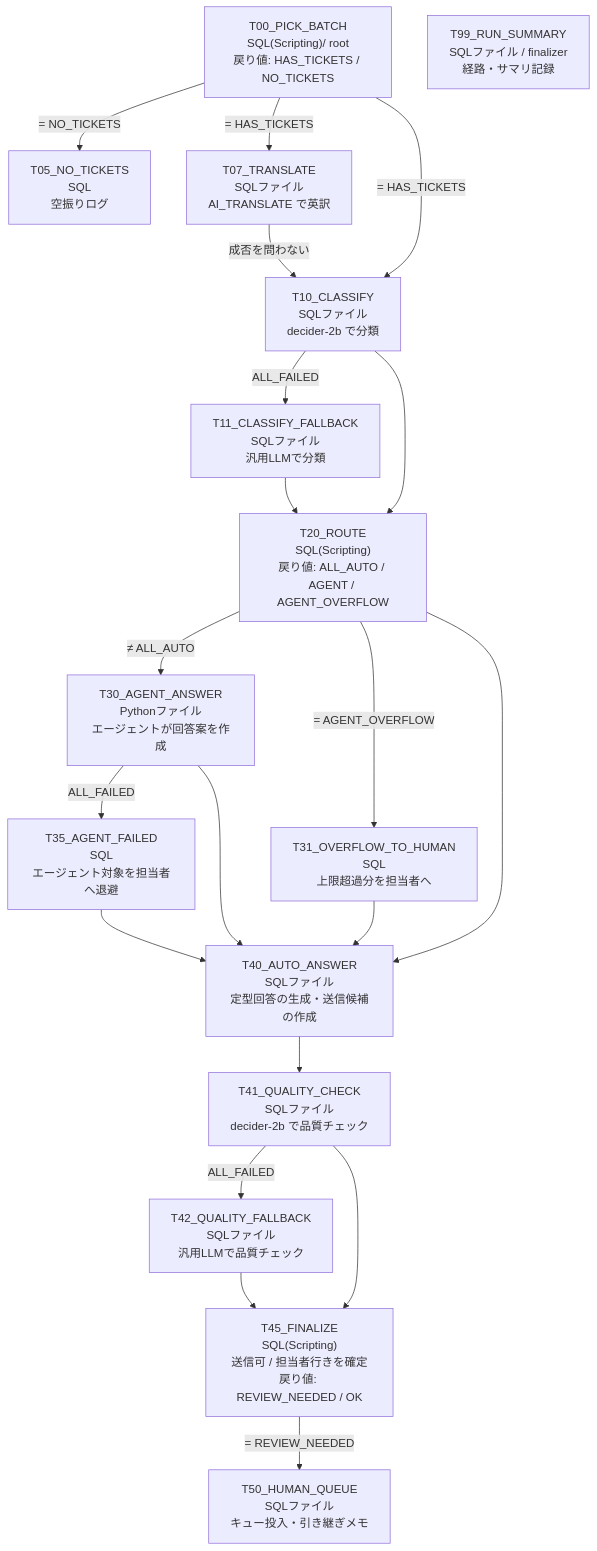
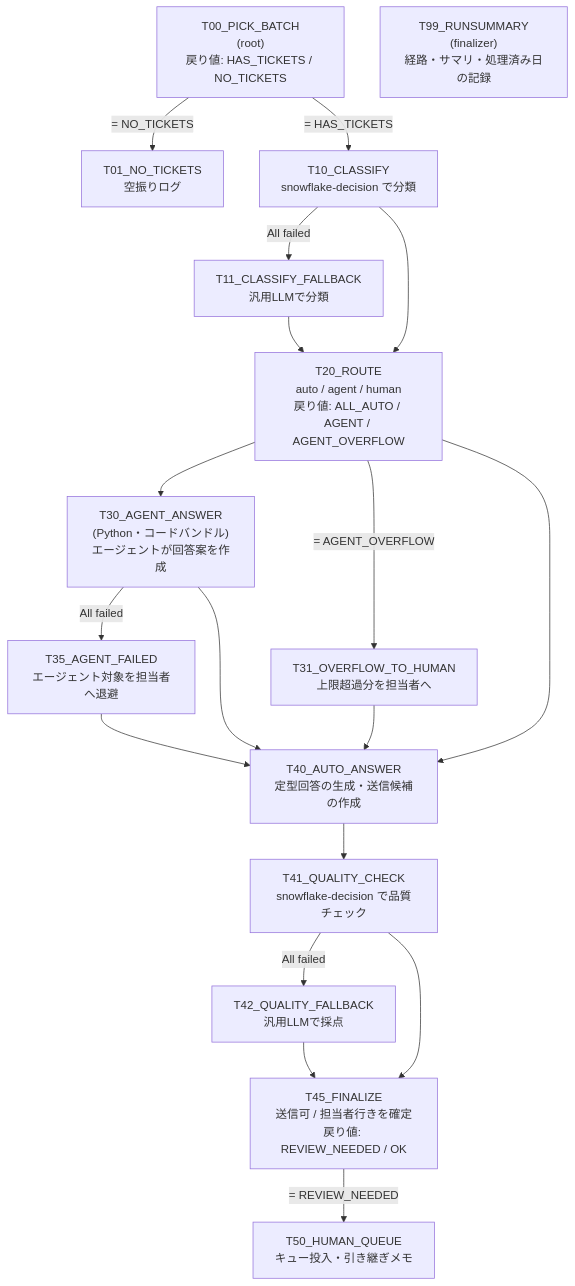
Before and after one commit to takimiko-gohan/sf-agent-workflow-pipeline: the diagram in README.md, drawn with Mermaid. The commit also changed other lines of this file and 23 other files, not shown here.

````diff
--- a/README.md
+++ b/README.md
@@ -21,38 +26,35 @@
 ```mermaid
 flowchart TD
-  T00["T00_PICK_BATCH<br/>SQL(Scripting)/ root<br/>戻り値: HAS_TICKETS / NO_TICKETS"]
-  T05["T05_NO_TICKETS<br/>SQL<br/>空振りログ"]
-  T07["T07_TRANSLATE<br/>SQLファイル<br/>AI_TRANSLATE で英訳"]
-  T10["T10_CLASSIFY<br/>SQLファイル<br/>decider-2b で分類"]
-  T11["T11_CLASSIFY_FALLBACK<br/>SQLファイル<br/>汎用LLMで分類"]
-  T20["T20_ROUTE<br/>SQL(Scripting)<br/>戻り値: ALL_AUTO / AGENT / AGENT_OVERFLOW"]
-  T30["T30_AGENT_ANSWER<br/>Pythonファイル<br/>エージェントが回答案を作成"]
-  T31["T31_OVERFLOW_TO_HUMAN<br/>SQL<br/>上限超過分を担当者へ"]
-  T35["T35_AGENT_FAILED<br/>SQL<br/>エージェント対象を担当者へ退避"]
-  T40["T40_AUTO_ANSWER<br/>SQLファイル<br/>定型回答の生成・送信候補の作成"]
-  T41["T41_QUALITY_CHECK<br/>SQLファイル<br/>decider-2b で品質チェック"]
-  T42["T42_QUALITY_FALLBACK<br/>SQLファイル<br/>汎用LLMで品質チェック"]
-  T45["T45_FINALIZE<br/>SQL(Scripting)<br/>送信可 / 担当者行きを確定<br/>戻り値: REVIEW_NEEDED / OK"]
-  T50["T50_HUMAN_QUEUE<br/>SQLファイル<br/>キュー投入・引き継ぎメモ"]
-  T99["T99_RUN_SUMMARY<br/>SQLファイル / finalizer<br/>経路・サマリ記録"]
+  T00["T00_PICK_BATCH<br/>(root)<br/>戻り値: HAS_TICKETS / NO_TICKETS"]
+  T01["T01_NO_TICKETS<br/>空振りログ"]
+  T10["T10_CLASSIFY<br/>snowflake-decision で分類"]
+  T11["T11_CLASSIFY_FALLBACK<br/>汎用LLMで分類"]
+  T20["T20_ROUTE<br/>auto / agent / human<br/>戻り値: ALL_AUTO / AGENT / AGENT_OVERFLOW"]
+  T30["T30_AGENT_ANSWER<br/>(Python・コードバンドル)<br/>エージェントが回答案を作成"]
+  T31["T31_OVERFLOW_TO_HUMAN<br/>上限超過分を担当者へ"]
+  T35["T35_AGENT_FAILED<br/>エージェント対象を担当者へ退避"]
+  T40["T40_AUTO_ANSWER<br/>定型回答の生成・送信候補の作成"]
+  T41["T41_QUALITY_CHECK<br/>snowflake-decision で品質チェック"]
+  T42["T42_QUALITY_FALLBACK<br/>汎用LLMで採点"]
+  T45["T45_FINALIZE<br/>送信可 / 担当者行きを確定<br/>戻り値: REVIEW_NEEDED / OK"]
+  T50["T50_HUMAN_QUEUE<br/>キュー投入・引き継ぎメモ"]
+  T99["T99_RUNSUMMARY<br/>(finalizer)<br/>経路・サマリ・処理済み日の記録"]
 
-  T00 -- "= NO_TICKETS" --> T05
-  T00 -- "= HAS_TICKETS" --> T07
+  T00 -- "= NO_TICKETS" --> T01
   T00 -- "= HAS_TICKETS" --> T10
-  T07 -- "成否を問わない" --> T10
-  T10 -- "ALL_FAILED" --> T11
+  T10 -- "All failed" --> T11
   T10 --> T20
   T11 --> T20
-  T20 -- "≠ ALL_AUTO" --> T30
+  T20 --> T30
   T20 -- "= AGENT_OVERFLOW" --> T31
-  T30 -- "ALL_FAILED" --> T35
+  T30 -- "All failed" --> T35
   T20 --> T40
   T30 --> T40
   T31 --> T40
   T35 --> T40
   T40 --> T41
-  T41 -- "ALL_FAILED" --> T42
+  T41 -- "All failed" --> T42
   T41 --> T45
   T42 --> T45
   T45 -- "= REVIEW_NEEDED" --> T50
 ```
````
